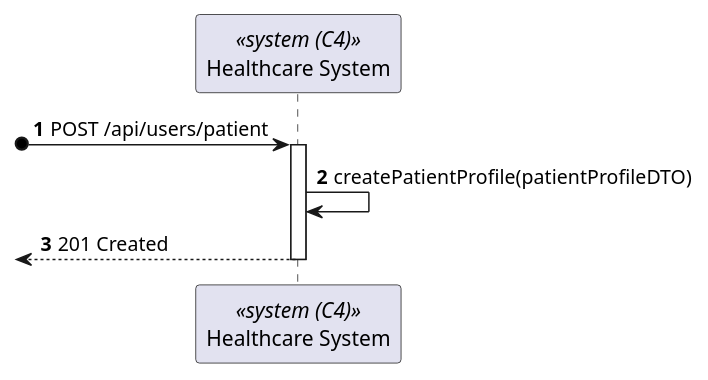
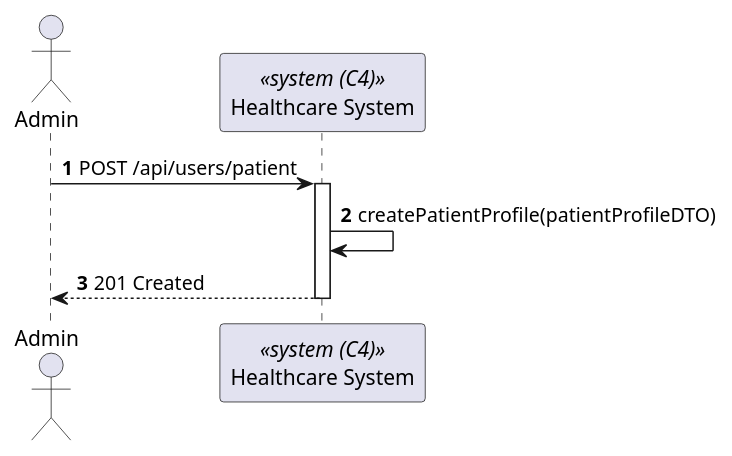
Before and after one commit to Lapr5G21/sem5pi-24-25-3ddg21: the diagram in docs/PatientProfileCreation/views/level2/process-view.puml, drawn with PlantUML. The commit also changed 16 other files, not shown here.

```diff
--- a/docs/PatientProfileCreation/views/level2/process-view.puml
+++ b/docs/PatientProfileCreation/views/level2/process-view.puml
@@ -1,13 +1,14 @@
 @startuml Patient Profile Creation (level 2)
 
 autonumber
+actor Admin as "Admin"
 participant SYS as "Healthcare System" <<system (C4)>>
 
-?o-> SYS : POST /api/users/patient
+Admin-> SYS : POST /api/users/patient
 activate SYS
 
 SYS -> SYS : createPatientProfile(patientProfileDTO)
-<-- SYS : 201 Created
+SYS--> Admin : 201 Created
 deactivate SYS
 
 @enduml
```
